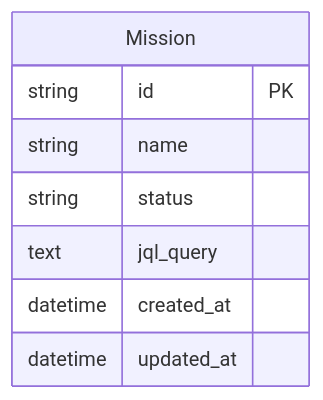
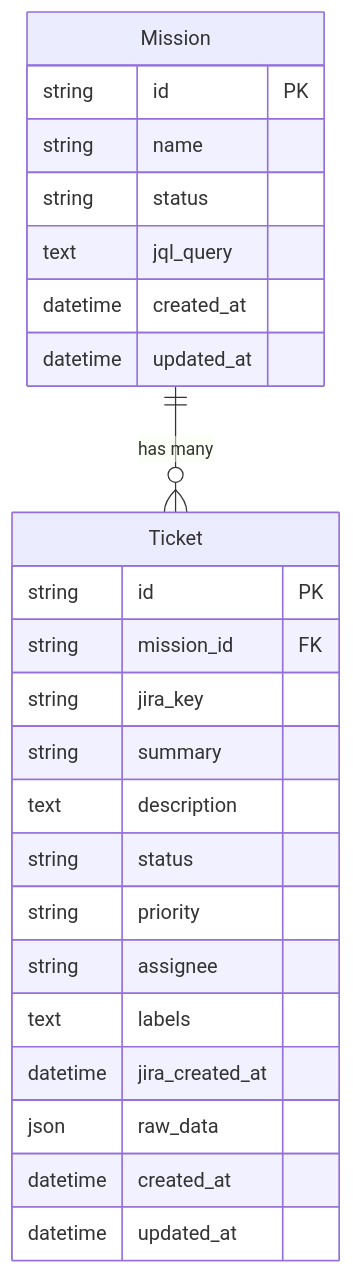
One commit to vmakoed/devinator changed the diagram in doc/entity_model.md. Above: the diagram before and after it, drawn with Mermaid. The commit also changed other lines of this file and 18 other files, not shown here.

````diff
--- a/doc/entity_model.md
+++ b/doc/entity_model.md
@@ -22,11 +40,29 @@
 ```mermaid
 erDiagram
+    Mission ||--o{ Ticket : "has many"
+
     Mission {
         string id PK
         string name
         string status
         text jql_query
         datetime created_at
         datetime updated_at
     }
+
+    Ticket {
+        string id PK
+        string mission_id FK
+        string jira_key
+        string summary
+        text description
+        string status
+        string priority
+        string assignee
+        text labels
+        datetime jira_created_at
+        json raw_data
+        datetime created_at
+        datetime updated_at
+    }
 ```
````
